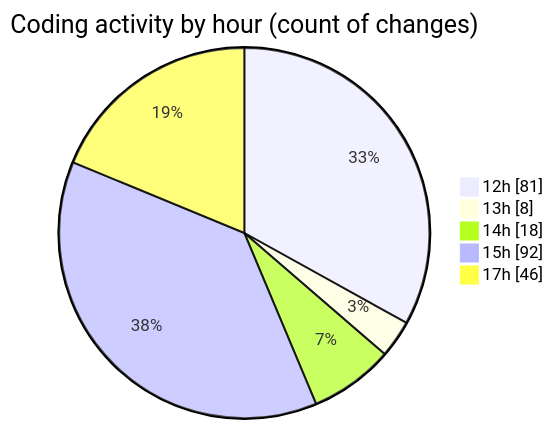
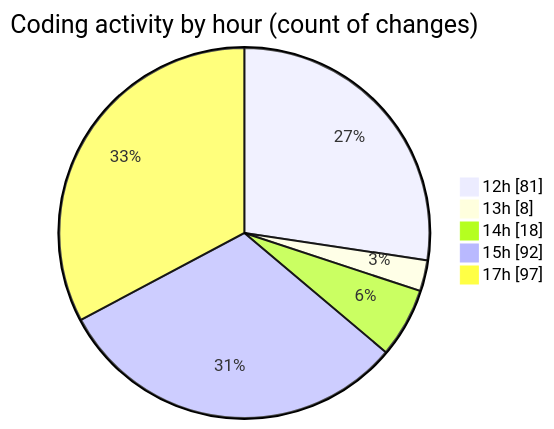
Before and after one commit to Ritupan-Deka/code-tracking: the second of 2 diagrams in 2025-12-28/rust/README.md, drawn with Mermaid. The commit also changed other lines of this file and 1 other file, not shown here.

````diff
--- a/2025-12-28/rust/README.md
+++ b/2025-12-28/rust/README.md
@@ -30,9 +30,9 @@
 ```mermaid
 pie showData
 title Coding activity by hour (count of changes)
 "12h" : 81
 "13h" : 8
 "14h" : 18
 "15h" : 92
-"17h" : 46
+"17h" : 97
 ```
````
